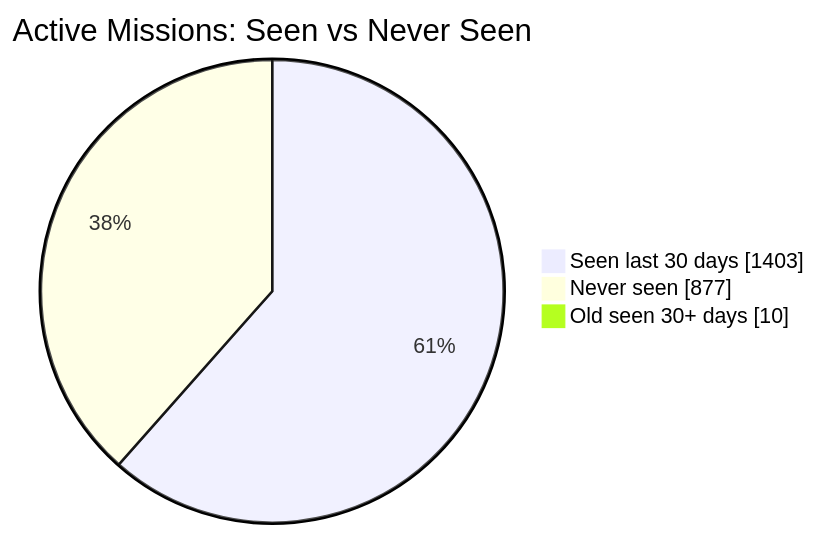
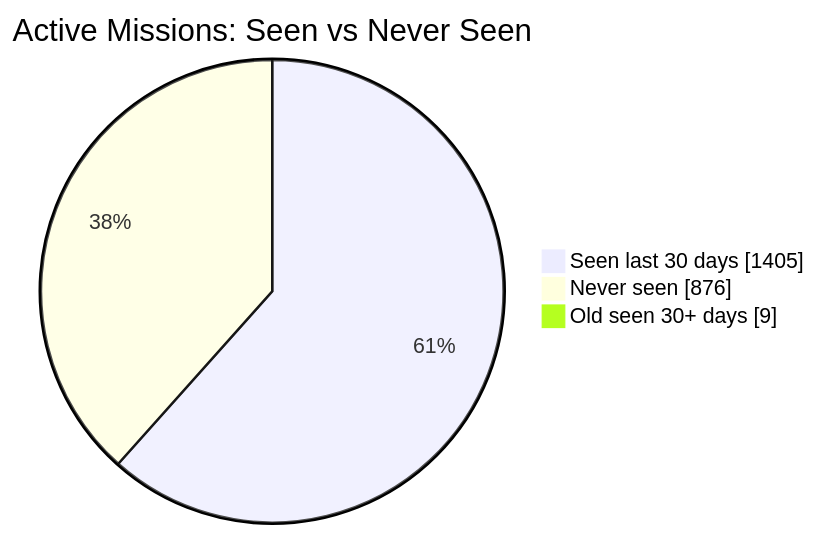
One commit to MeldkamerspelGameTeam/active-missions changed the first of 2 diagrams in README.md. Above: the diagram before and after it, drawn with Mermaid. The commit also changed other lines of this file and 3 other files, not shown here.

````diff
--- a/README.md
+++ b/README.md
@@ -34,7 +34,7 @@
 ```mermaid
 pie showData
     title Active Missions: Seen vs Never Seen
-    "Seen last 30 days" : 1403
-    "Never seen" : 877
-    "Old seen 30+ days" : 10
+    "Seen last 30 days" : 1405
+    "Never seen" : 876
+    "Old seen 30+ days" : 9
 ```
````
